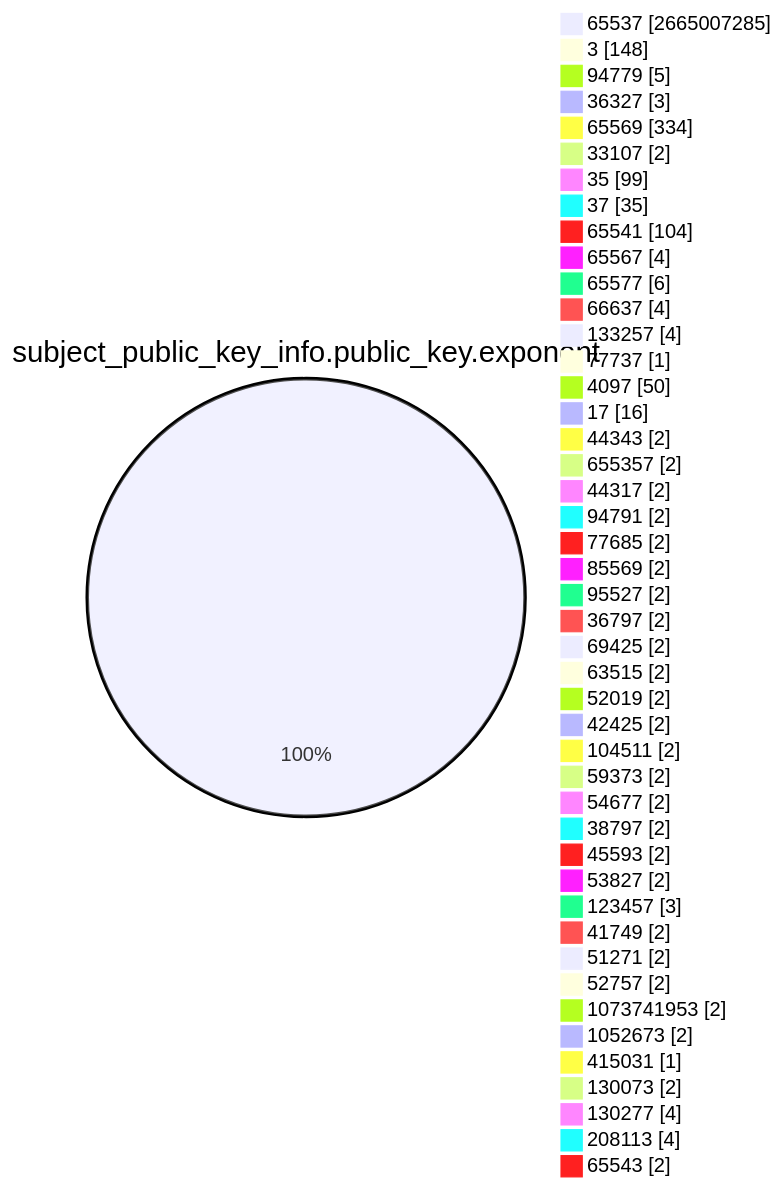
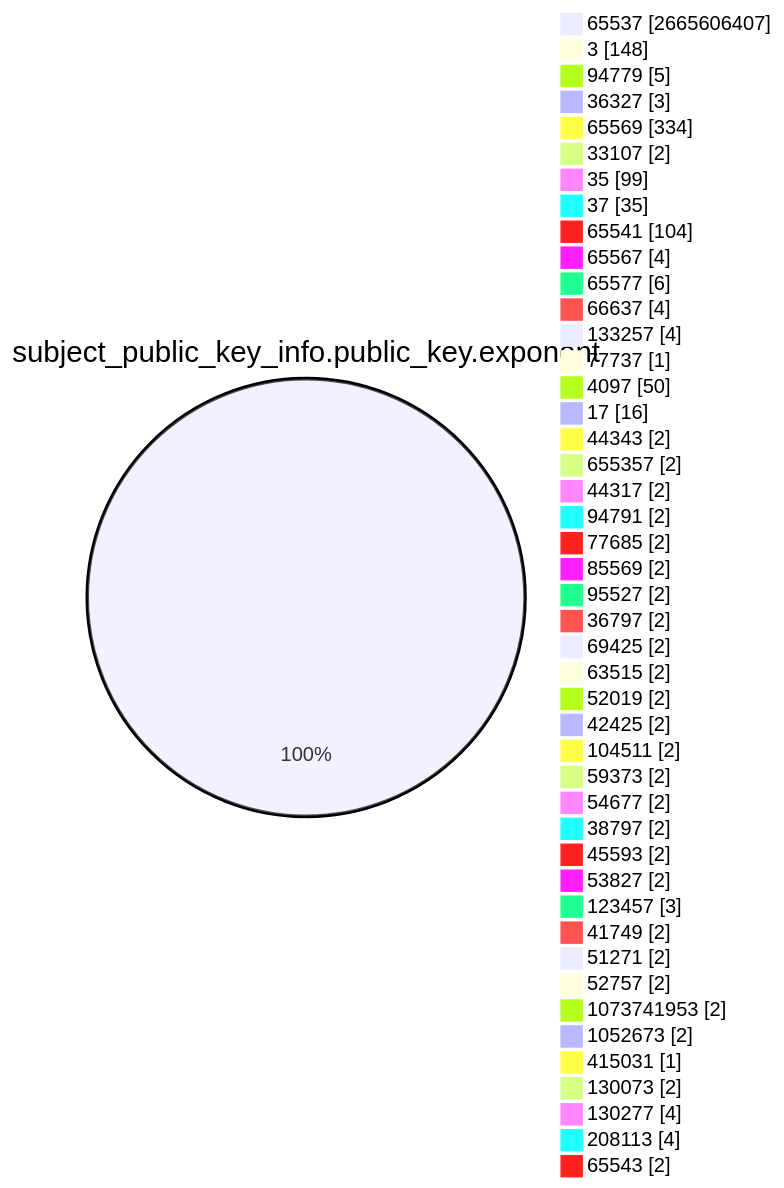
One commit to christiankrug/ctmonitor_visualization changed the fourth of 15 diagrams in TOTAL/README.md. Above: the diagram before and after it, drawn with Mermaid. The commit also changed other lines of this file, not shown here.

````diff
--- a/TOTAL/README.md
+++ b/TOTAL/README.md
@@ -1467,49 +1467,49 @@
 ```mermaid
 pie showData
 title subject_public_key_info.public_key.exponent
-"65537" :2665007285
+"65537" :2665606407
 "3" :148
 "94779" :5
 "36327" :3
 "65569" :334
 "33107" :2
 "35" :99
 "37" :35
 "65541" :104
 "65567" :4
 "65577" :6
 "66637" :4
 "133257" :4
 "77737" :1
 "4097" :50
 "17" :16
 "44343" :2
 "655357" :2
 "44317" :2
 "94791" :2
 "77685" :2
 "85569" :2
 "95527" :2
 "36797" :2
 "69425" :2
 "63515" :2
 "52019" :2
 "42425" :2
 "104511" :2
 "59373" :2
 "54677" :2
 "38797" :2
 "45593" :2
 "53827" :2
 "123457" :3
 "41749" :2
 "51271" :2
 "52757" :2
 "1073741953" :2
 "1052673" :2
 "415031" :1
 "130073" :2
 "130277" :4
 "208113" :4
 "65543" :2
 ```
````
